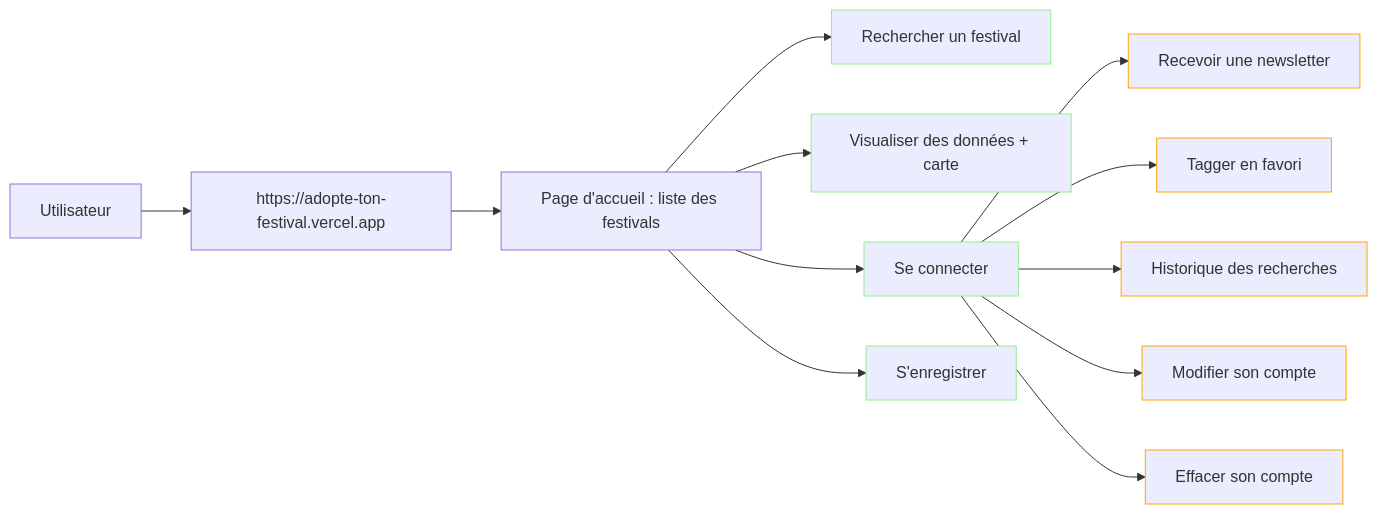
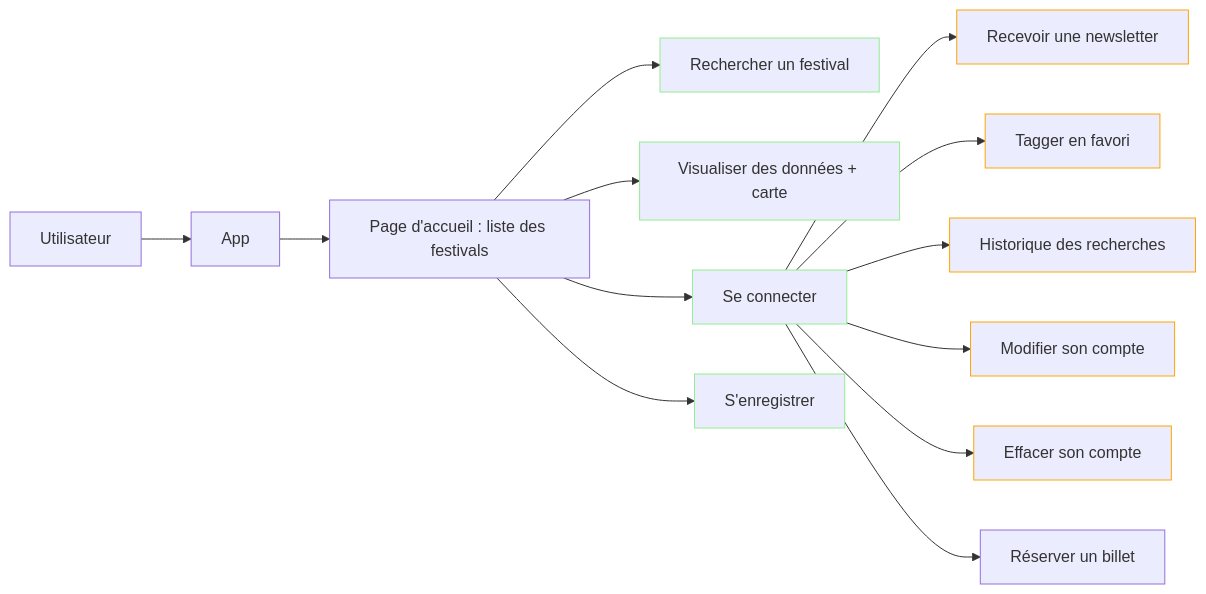
Before and after one commit to sximenez/2023-10-oct-hackathon-doc: the first of 7 diagrams in README.md, drawn with Mermaid.

````diff
--- a/README.md
+++ b/README.md
@@ -33,26 +33,27 @@
 ```mermaid
 graph LR
 
-Utilisateur --> https://adopte-ton-festival.vercel.app --> 0[Page d'accueil : liste des festivals]
+Utilisateur --> App --> 0[Page d'accueil : liste des festivals]
 0[Page d'accueil : liste des festivals] --> 1[Rechercher un festival]
 0[Page d'accueil : liste des festivals] --> 2[Visualiser des données + carte] 
 0[Page d'accueil : liste des festivals] --> 3[Se connecter]
 0[Page d'accueil : liste des festivals] --> S'enregistrer
 3[Se connecter] --> 4[Recevoir une newsletter]
 3[Se connecter] --> 5[Tagger en favori]
 3[Se connecter] --> 6[Historique des recherches]
 3[Se connecter] --> 7[Modifier son compte]
 3[Se connecter] --> 8[Effacer son compte]
+3[Se connecter] --> 9[Réserver un billet]
 
 style 1 stroke:lightgreen
 style 2 stroke:lightgreen
 style 3 stroke:lightgreen
 style S'enregistrer stroke:lightgreen
 
 style 4 stroke:orange
 style 5 stroke:orange
 style 6 stroke:orange
 style 7 stroke:orange
 style 8 stroke:orange
 
 ```
````
